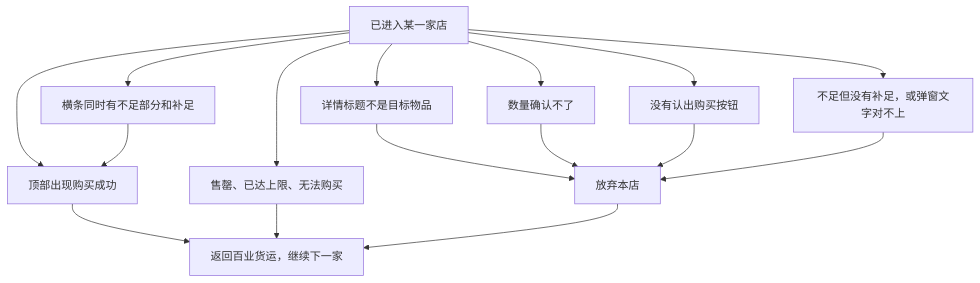
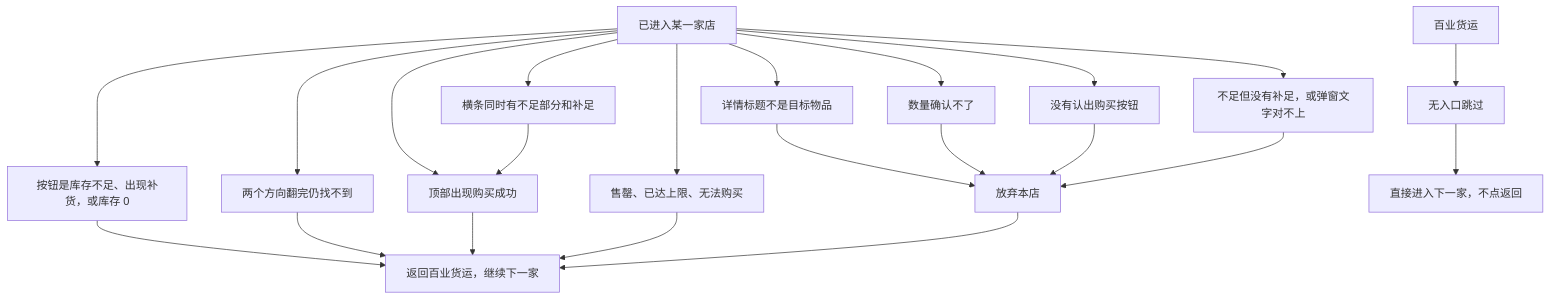
The second of 2 diagrams in docs/zh_cn/自动买药.md (82488059/MAAJN), drawn with Mermaid before and after one commit. The commit also changed other lines of this file and 2 other files, not shown here.

````diff
--- a/docs/zh_cn/自动买药.md
+++ b/docs/zh_cn/自动买药.md
@@ -68,21 +72,29 @@
 ```mermaid
 flowchart TD
+  freight["百业货运"]
+  noentry["无入口跳过"]
   shop["已进入某一家店"]
+  sold["按钮是库存不足、出现补货，或库存 0"]
+  missing["两个方向翻完仍找不到"]
   title["详情标题不是目标物品"]
   qty["数量确认不了"]
   nobuy["没有认出购买按钮"]
   toast["顶部出现购买成功"]
   topup["横条同时有不足部分和补足"]
   lack["不足但没有补足，或弹窗文字对不上"]
-  sold["售罄、已达上限、无法购买"]
+  failtoast["售罄、已达上限、无法购买"]
   abort["放弃本店"]
   back["返回百业货运，继续下一家"]
+  nextshop["直接进入下一家，不点返回"]
+  freight --> noentry --> nextshop
+  shop --> sold --> back
+  shop --> missing --> back
   shop --> title --> abort
   shop --> qty --> abort
   shop --> nobuy --> abort
   shop --> toast --> back
   shop --> topup --> toast
   shop --> lack --> abort
-  shop --> sold --> back
+  shop --> failtoast --> back
   abort --> back
 ```
````
